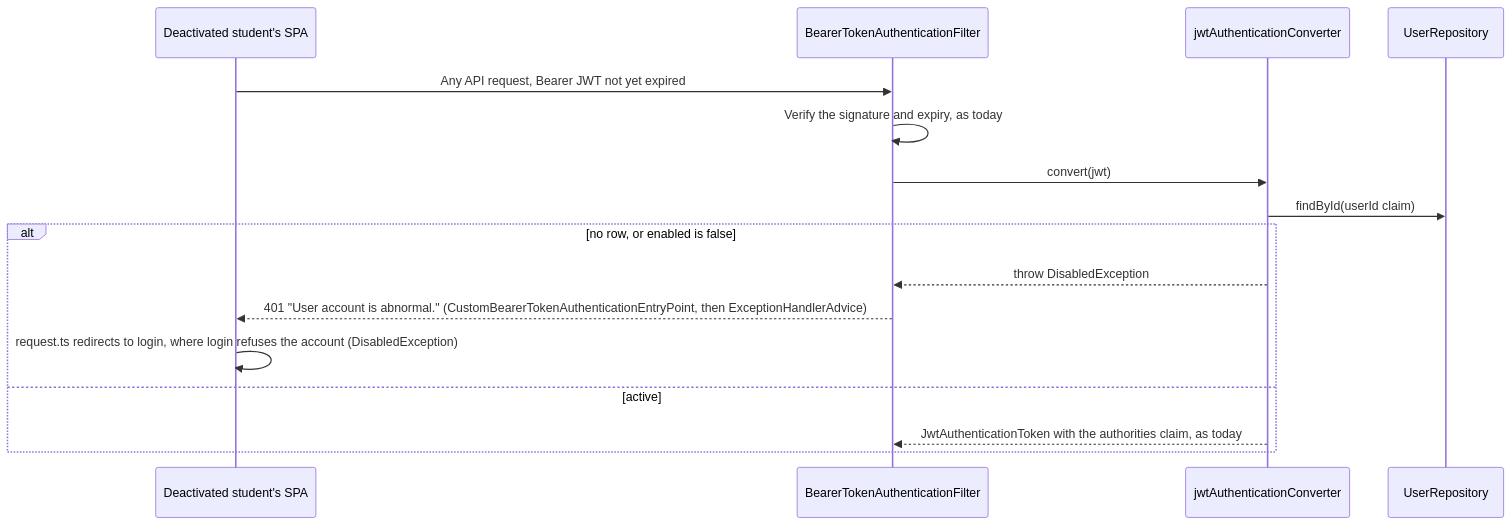
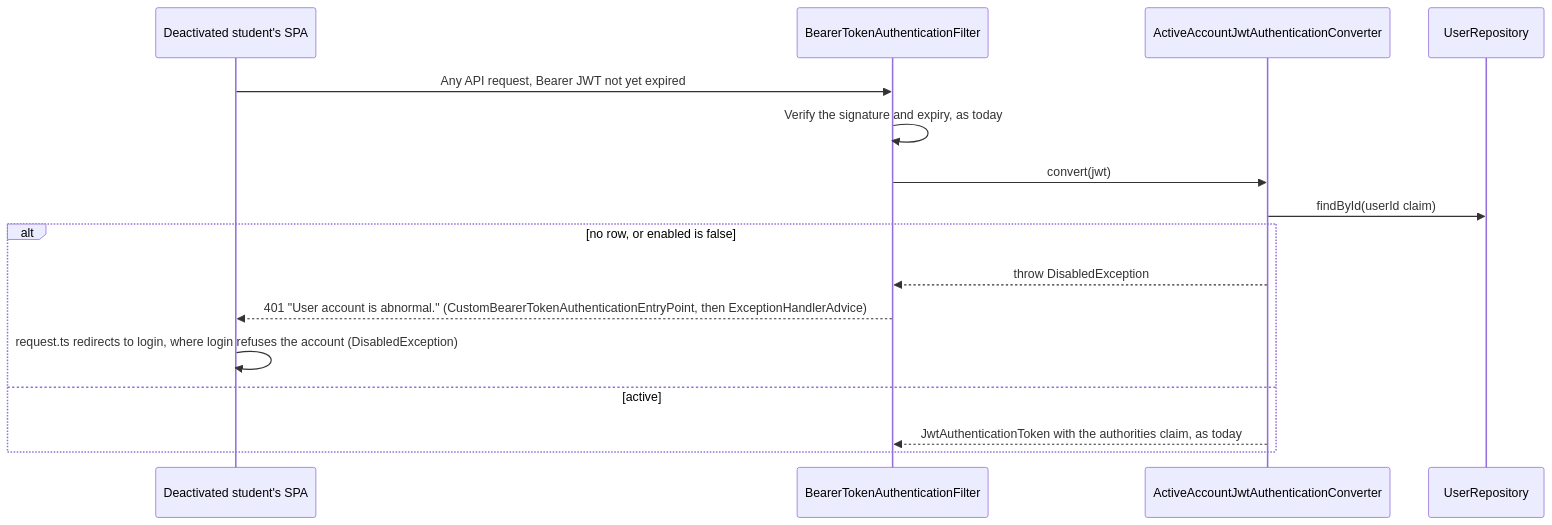
One commit to atertx/add-a-use-case changed the third of 4 diagrams in docs/design/stu.md. Above: the diagram before and after it, drawn with Mermaid. The commit also changed other lines of this file and 1 other file, not shown here.

````diff
--- a/docs/design/stu.md
+++ b/docs/design/stu.md
@@ -116,18 +116,18 @@
 ```mermaid
 sequenceDiagram
     participant S as Deactivated student's SPA
     participant F as BearerTokenAuthenticationFilter
-    participant C as jwtAuthenticationConverter
+    participant C as ActiveAccountJwtAuthenticationConverter
     participant U as UserRepository
     S->>F: Any API request, Bearer JWT not yet expired
     F->>F: Verify the signature and expiry, as today
     F->>C: convert(jwt)
     C->>U: findById(userId claim)
     alt no row, or enabled is false
         C-->>F: throw DisabledException
         F-->>S: 401 "User account is abnormal." (CustomBearerTokenAuthenticationEntryPoint, then ExceptionHandlerAdvice)
         S->>S: request.ts redirects to login, where login refuses the account (DisabledException)
     else active
         C-->>F: JwtAuthenticationToken with the authorities claim, as today
     end
 ```
````
